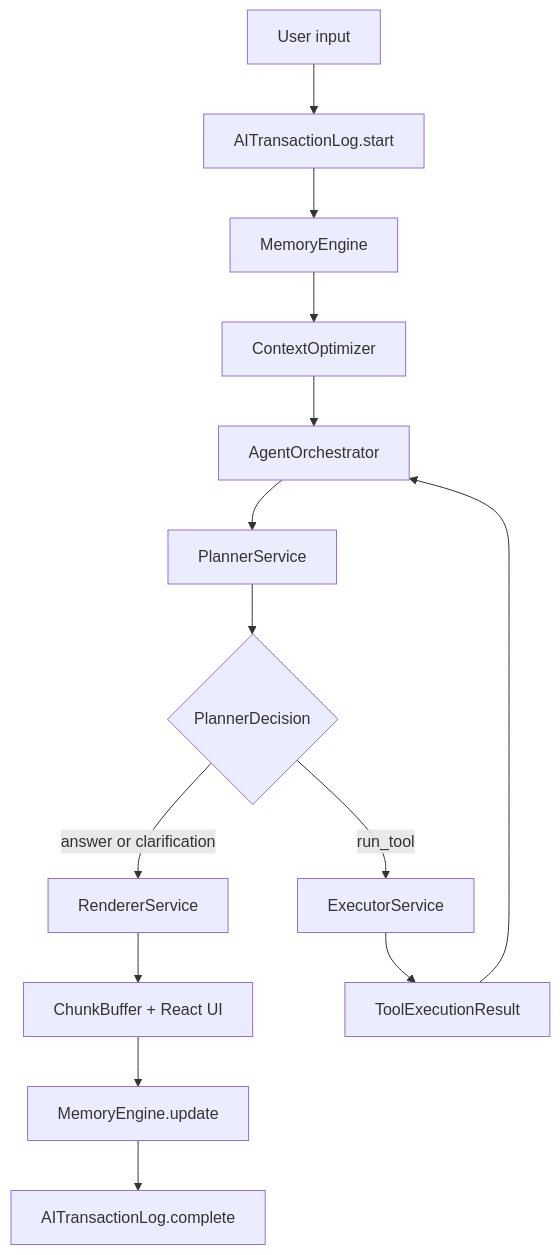
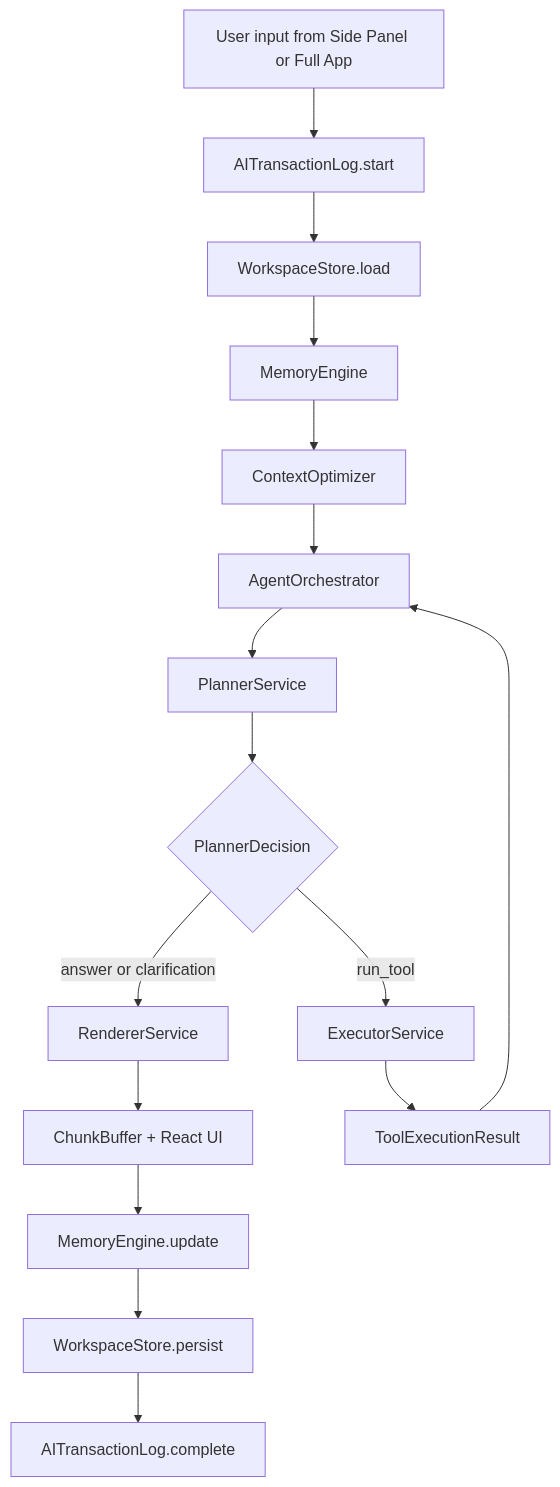
Before and after one commit to yongxinL/nowpilot: the diagram in .planning/PRODUCT_SPEC_v0_1.md, drawn with Mermaid. The commit also changed other lines of this file, not shown here.

First line of the commit message:
docs: migrate to Ant Design v5 and introduce dual-surface architecture

````diff
--- a/.planning/PRODUCT_SPEC_v0_1.md
+++ b/.planning/PRODUCT_SPEC_v0_1.md
@@ -158,16 +172,18 @@
 ```mermaid
 flowchart TD
-    User[User input] --> TxStart[AITransactionLog.start]
-    TxStart --> Memory[MemoryEngine]
-    Memory --> Context[ContextOptimizer]
-    Context --> Orchestrator[AgentOrchestrator]
-    Orchestrator --> Planner[PlannerService]
-    Planner --> Decision{PlannerDecision}
-    Decision -->|answer or clarification| Renderer[RendererService]
-    Decision -->|run_tool| Executor[ExecutorService]
-    Executor --> ToolResult[ToolExecutionResult]
-    ToolResult --> Orchestrator
-    Renderer --> Stream[ChunkBuffer + React UI]
-    Stream --> MemoryUpdate[MemoryEngine.update]
-    MemoryUpdate --> TxDone[AITransactionLog.complete]
+User[User input from Side Panel or Full App] --> TxStart[AITransactionLog.start]
+TxStart --> Workspace[WorkspaceStore.load]
+Workspace --> Memory[MemoryEngine]
+Memory --> Context[ContextOptimizer]
+Context --> Orchestrator[AgentOrchestrator]
+Orchestrator --> Planner[PlannerService]
+Planner --> Decision{PlannerDecision}
+Decision -->|answer or clarification| Renderer[RendererService]
+Decision -->|run_tool| Executor[ExecutorService]
+Executor --> ToolResult[ToolExecutionResult]
+ToolResult --> Orchestrator
+Renderer --> Stream[ChunkBuffer + React UI]
+Stream --> MemoryUpdate[MemoryEngine.update]
+MemoryUpdate --> WorkspaceUpdate[WorkspaceStore.persist]
+WorkspaceUpdate --> TxDone[AITransactionLog.complete]
 ```
````
